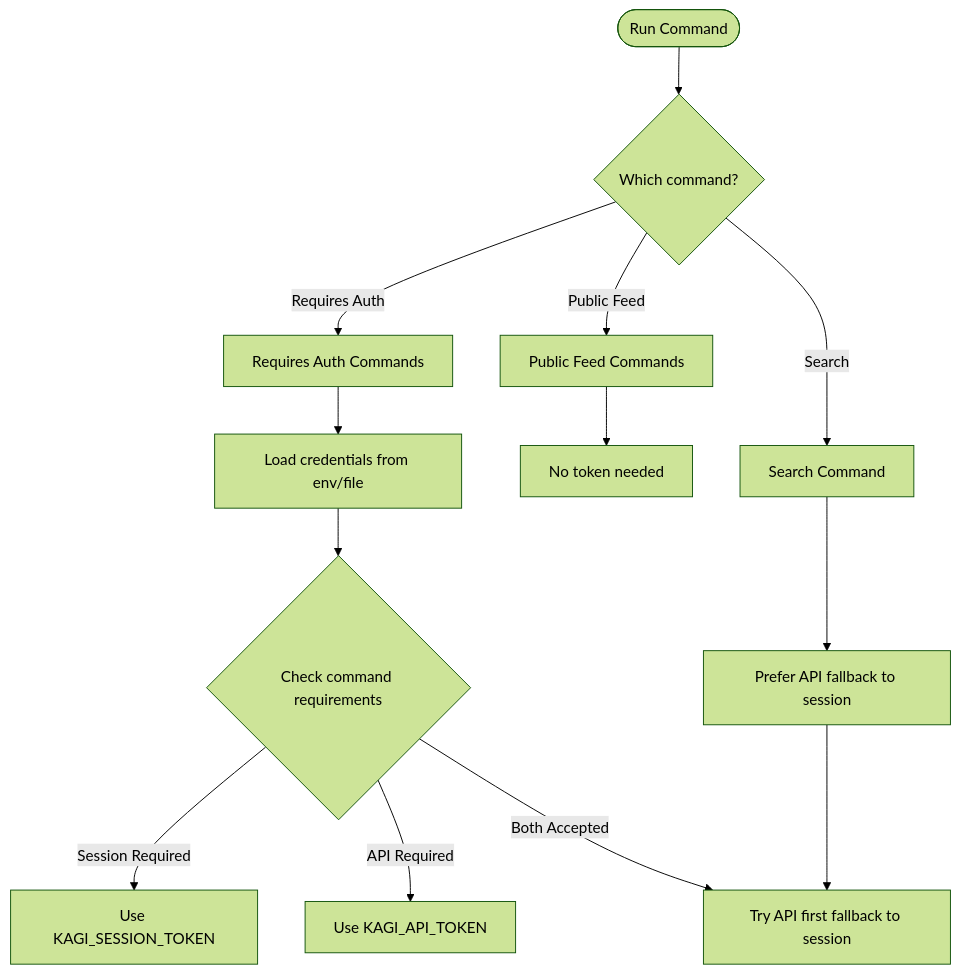
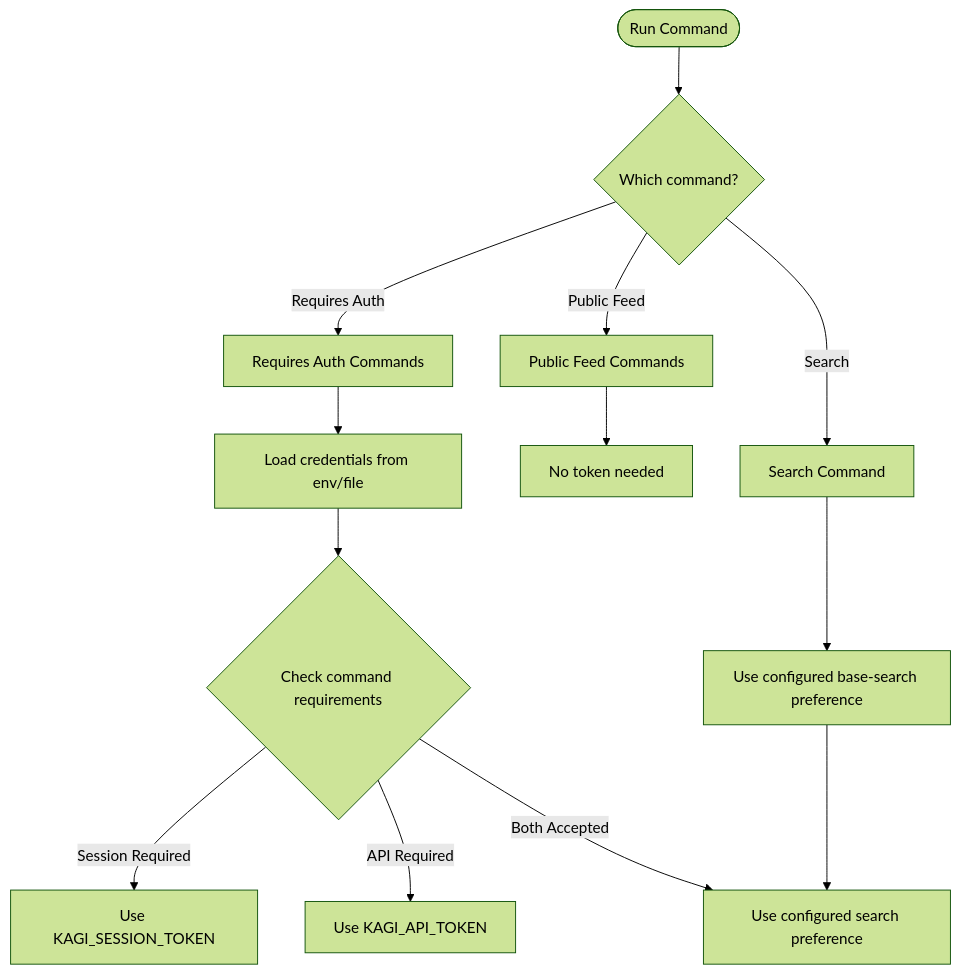
Before and after one commit to Microck/kagi-cli: the first of 2 diagrams in docs/guides/authentication.mdx, drawn with Mermaid (forest theme). The commit also changed other lines of this file and 18 other files, not shown here.

Commit message:
feat(search): add session-backed search filters

````diff
--- a/docs/guides/authentication.mdx
+++ b/docs/guides/authentication.mdx
@@ -46,21 +46,21 @@
 ```mermaid
 flowchart TD
     Start([Run Command]) --> WhichCommand{Which command?}
     
     WhichCommand -->|Public Feed| PublicFeed[Public Feed Commands]
     WhichCommand -->|Requires Auth| RequiresAuth[Requires Auth Commands]
     WhichCommand -->|Search| SearchCmd[Search Command]
     
     PublicFeed --> NoToken[No token needed]
     
     RequiresAuth --> LoadCreds[Load credentials from env/file]
     LoadCreds --> CheckReqs{Check command requirements}
     
-    SearchCmd --> PreferAPI[Prefer API fallback to session]
+    SearchCmd --> PreferConfigured[Use configured base-search preference]
     
     CheckReqs -->|Session Required| SessionReq[Use KAGI_SESSION_TOKEN]
     CheckReqs -->|API Required| APIReq[Use KAGI_API_TOKEN]
-    CheckReqs -->|Both Accepted| BothAccepted[Try API first fallback to session]
-    
-    PreferAPI --> BothAccepted
+    CheckReqs -->|Both Accepted| BothAccepted[Use configured search preference]
+
+    PreferConfigured --> BothAccepted
 ```
````
